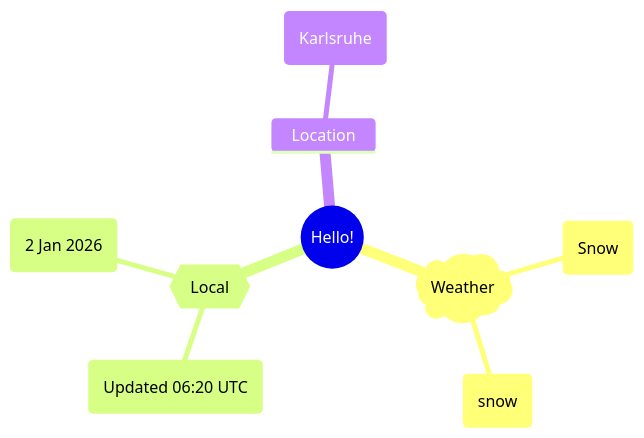
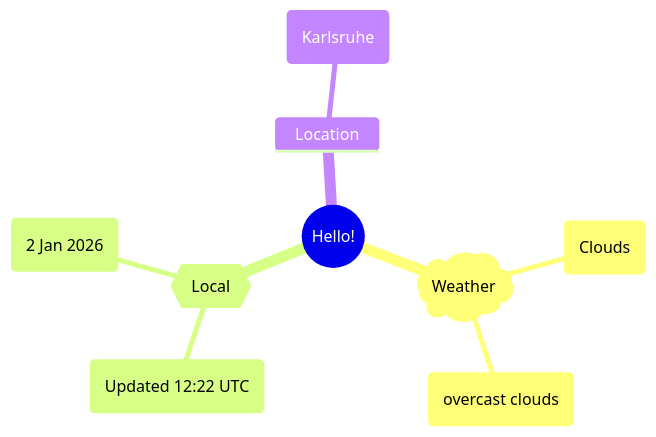
The first of 2 diagrams in README.md (Xosrov/Xosrov), drawn with Mermaid before and after one commit.

Commit message:
[bot] updated images

````diff
--- a/README.md
+++ b/README.md
@@ -3,12 +3,12 @@
 ```mermaid
 mindmap
   root((Hello!))
     )Weather(
-        (Snow)
-        (snow)
+        (Clouds)
+        (overcast clouds)
     {{Local}}
-        (Updated 06:20 UTC)
+        (Updated 12:22 UTC)
         (2 Jan 2026)
     Location
         (Karlsruhe)
 ```
````
